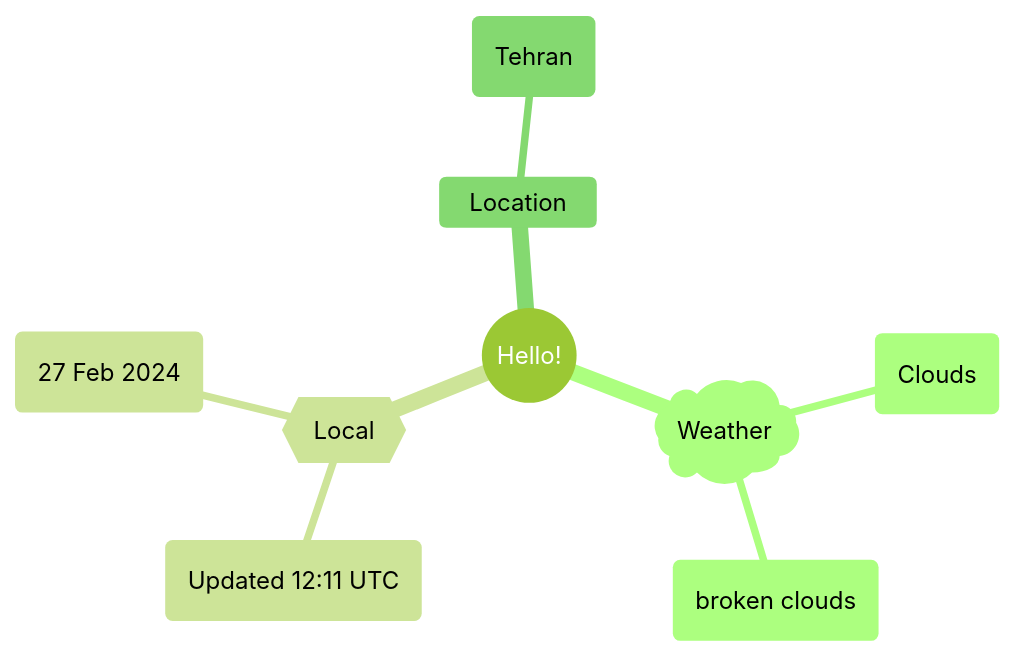
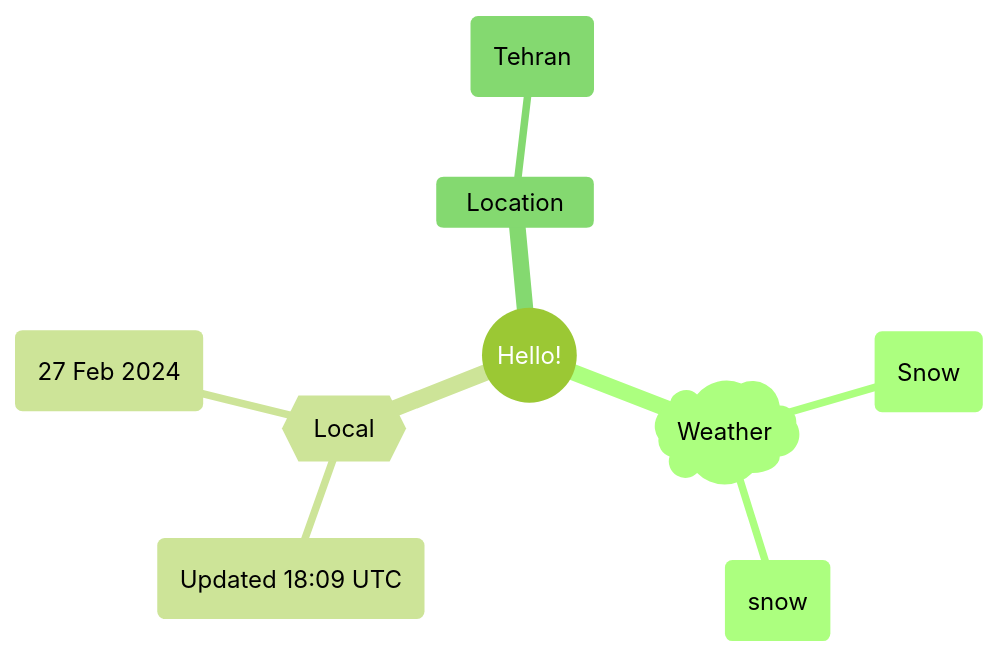
One commit to Xosrov/Xosrov changed the first of 2 diagrams in README.md. Above: the diagram before and after it, drawn with Mermaid (forest theme).

Commit message:
[bot] updated images

````diff
--- a/README.md
+++ b/README.md
@@ -3,12 +3,12 @@
 ```mermaid
 mindmap
   root((Hello!))
     )Weather(
-        (Clouds)
-        (broken clouds)
+        (Snow)
+        (snow)
     {{Local}}
-        (Updated 12:11 UTC)
+        (Updated 18:09 UTC)
         (27 Feb 2024)
     Location
         (Tehran)
 ```
````
